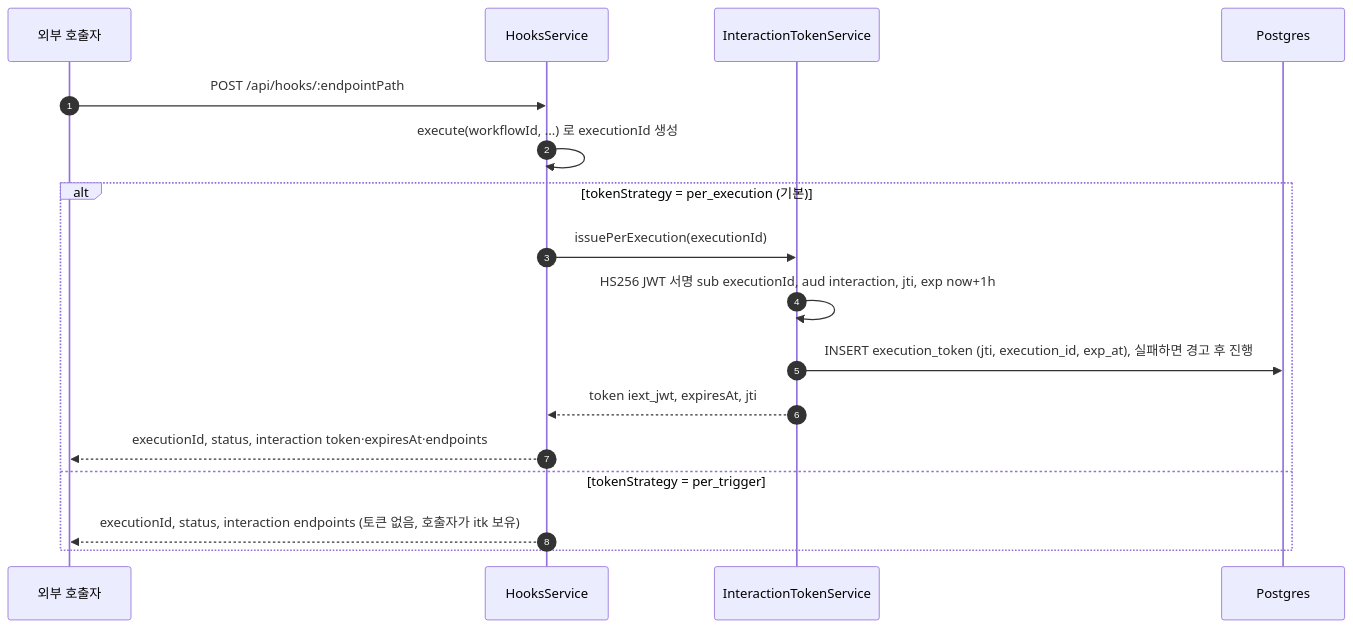
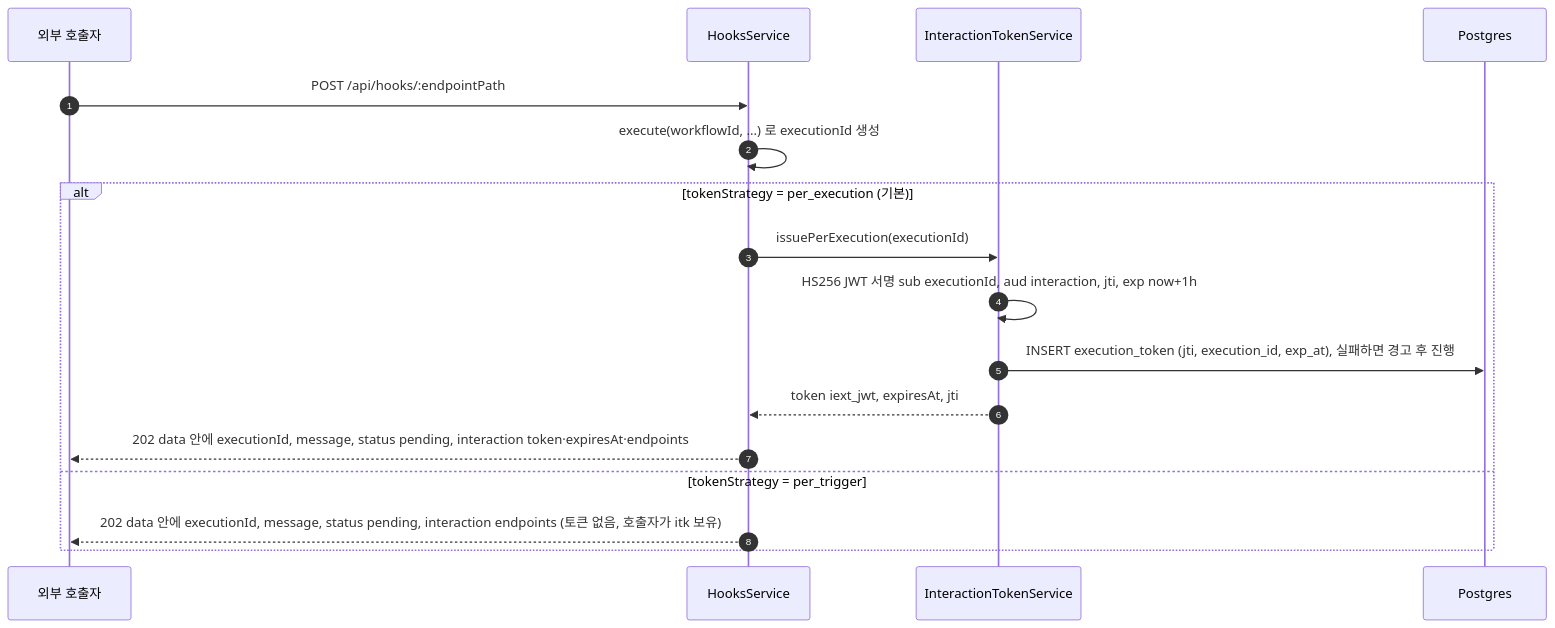
Before and after one commit to worker-ants/clemvion: the first of 7 diagrams in spec/CLE-IX/CLE-EIA-DATA.md, drawn with Mermaid. The commit also changed other lines of this file and 56 other files, not shown here.

````diff
--- a/spec/CLE-IX/CLE-EIA-DATA.md
+++ b/spec/CLE-IX/CLE-EIA-DATA.md
@@ -126,20 +135,20 @@
 ```mermaid
 sequenceDiagram
   autonumber
   participant Ext as 외부 호출자
   participant Hk as HooksService
   participant Tok as InteractionTokenService
   participant PG as Postgres
 
   Ext->>Hk: POST /api/hooks/:endpointPath
   Hk->>Hk: execute(workflowId, ...) 로 executionId 생성
   alt tokenStrategy = per_execution (기본)
     Hk->>Tok: issuePerExecution(executionId)
     Tok->>Tok: HS256 JWT 서명 sub executionId, aud interaction, jti, exp now+1h
     Tok->>PG: INSERT execution_token (jti, execution_id, exp_at), 실패하면 경고 후 진행
     Tok-->>Hk: token iext_jwt, expiresAt, jti
-    Hk-->>Ext: executionId, status, interaction token·expiresAt·endpoints
+    Hk-->>Ext: 202 data 안에 executionId, message, status pending, interaction token·expiresAt·endpoints
   else tokenStrategy = per_trigger
-    Hk-->>Ext: executionId, status, interaction endpoints (토큰 없음, 호출자가 itk 보유)
+    Hk-->>Ext: 202 data 안에 executionId, message, status pending, interaction endpoints (토큰 없음, 호출자가 itk 보유)
   end
 ```
````
